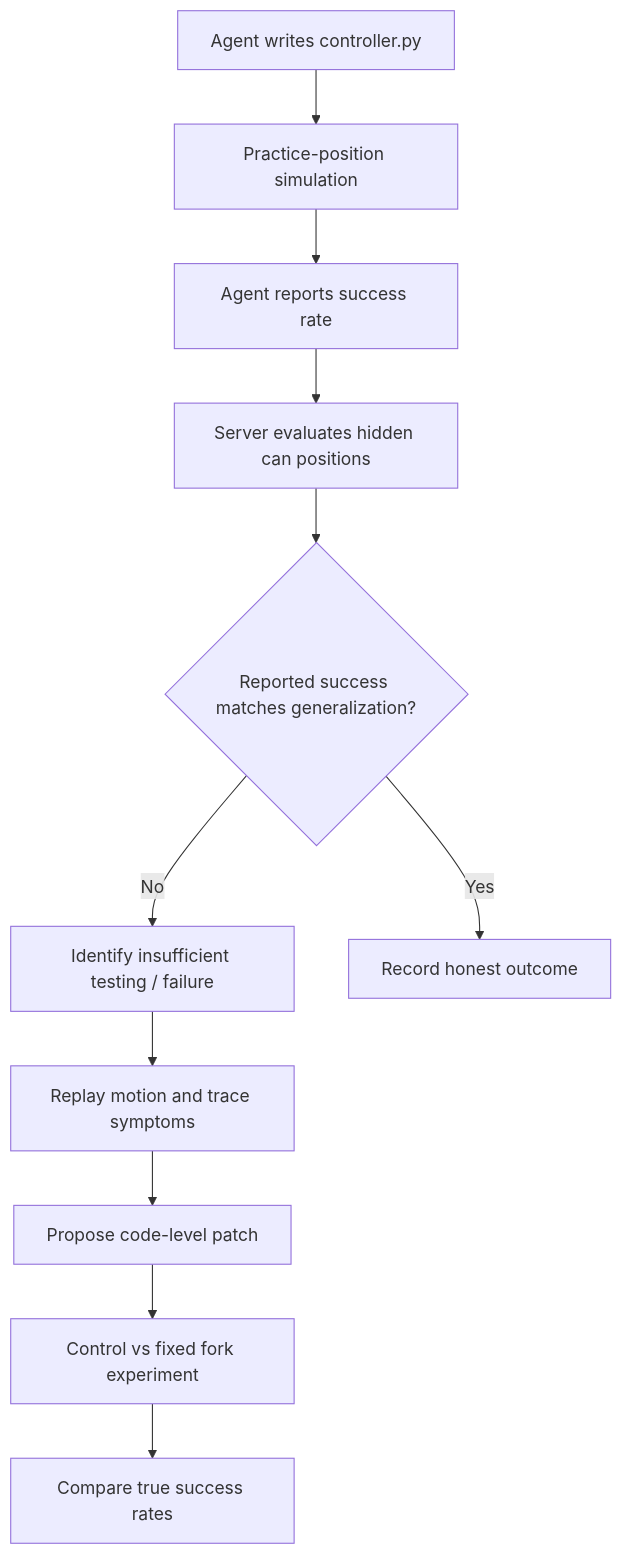
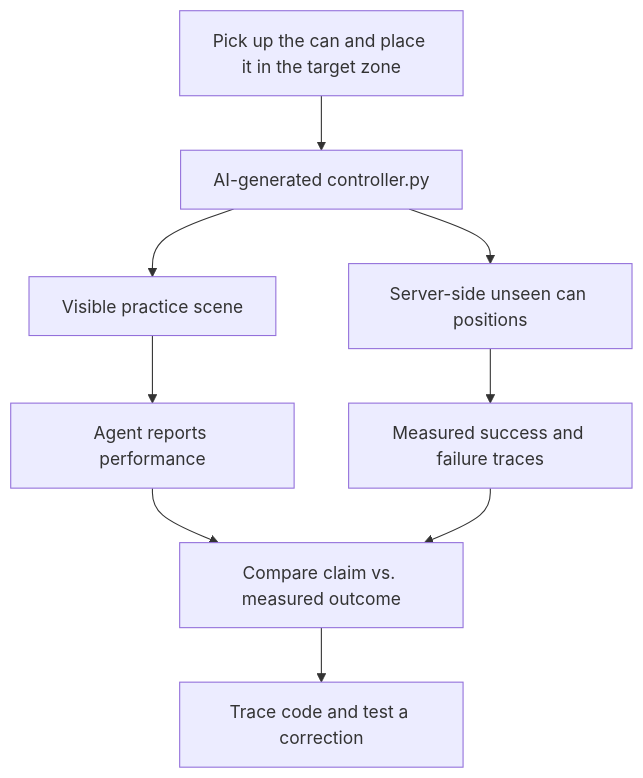
The third of 4 diagrams in README.md (AndresL230/deep-research), drawn with Mermaid before and after one commit. The commit also changed other lines of this file, not shown here.

````diff
--- a/README.md
+++ b/README.md
@@ -172,13 +137,11 @@
 ```mermaid
 flowchart TD
-    A["Agent writes controller.py"] --> B["Practice-position simulation"]
-    B --> C["Agent reports success rate"]
-    C --> D["Server evaluates hidden can positions"]
-    D --> E{"Reported success matches generalization?"}
-    E -- "No" --> F["Identify insufficient testing / failure"]
-    F --> G["Replay motion and trace symptoms"]
-    G --> H["Propose code-level patch"]
-    H --> I["Control vs fixed fork experiment"]
-    I --> J["Compare true success rates"]
-    E -- "Yes" --> K["Record honest outcome"]
+    TASK["Pick up the can and place it in the target zone"] --> AGENT["AI-generated controller.py"]
+    AGENT --> PRACTICE["Visible practice scene"]
+    PRACTICE --> CLAIM["Agent reports performance"]
+    AGENT --> HIDDEN["Server-side unseen can positions"]
+    HIDDEN --> SCORE["Measured success and failure traces"]
+    CLAIM --> COMPARE["Compare claim vs. measured outcome"]
+    SCORE --> COMPARE
+    COMPARE --> INVESTIGATE["Trace code and test a correction"]
 ```
````
